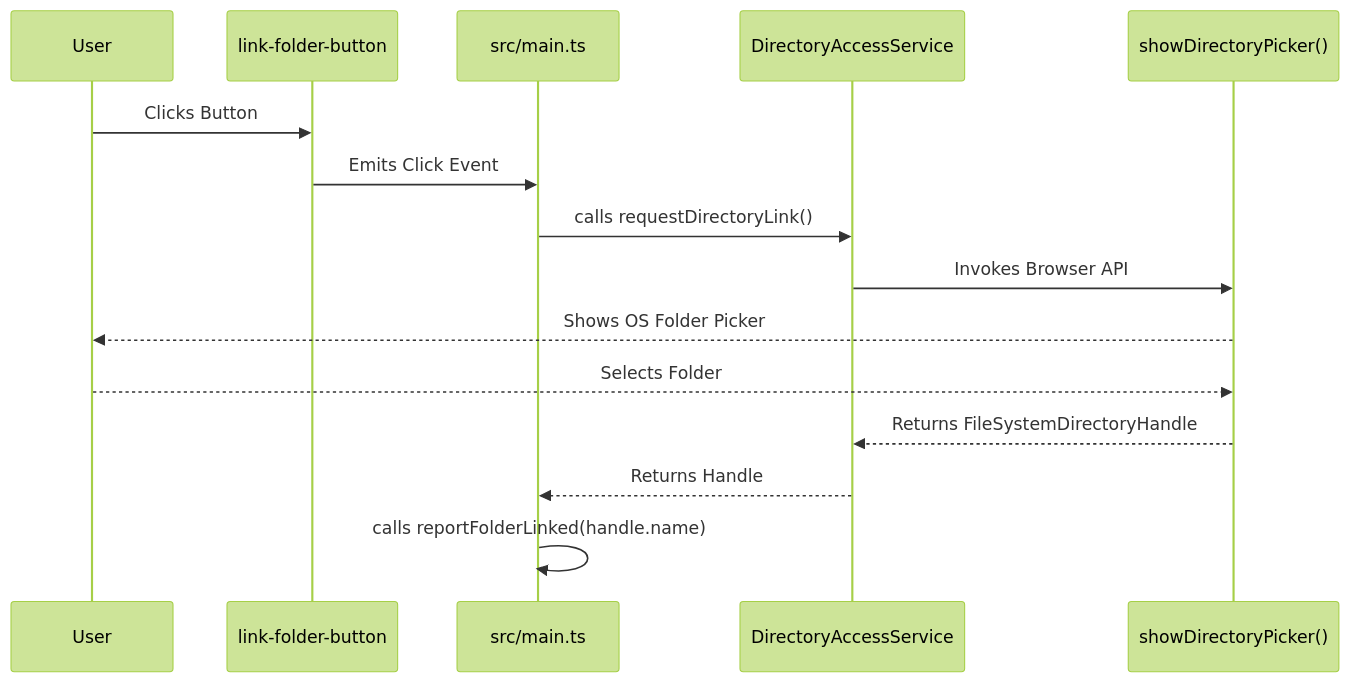
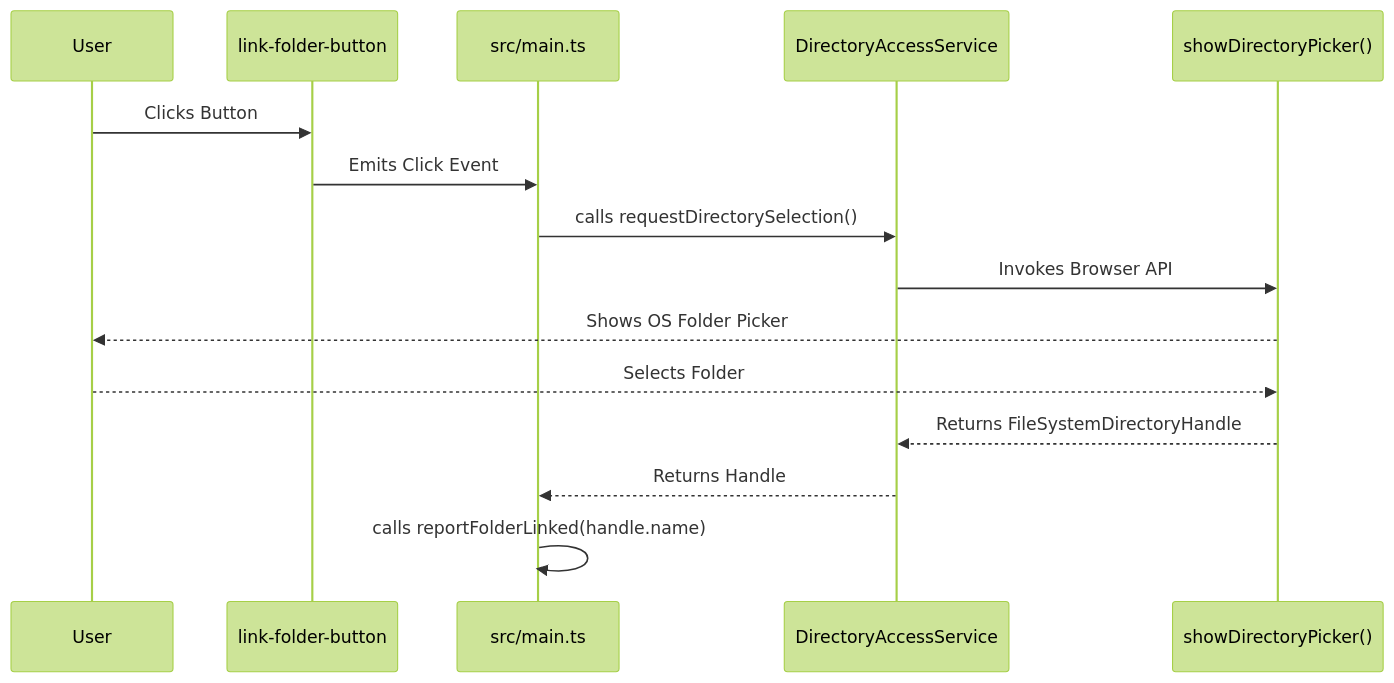
One commit to H1410101/raw_output changed the second of 3 diagrams in docs/checkpoints/phase 1/checkpoint 1.2 architecture.md. Above: the diagram before and after it, drawn with Mermaid (forest theme). The commit also changed other lines of this file and 13 other files, not shown here.

````diff
--- a/docs/checkpoints/phase 1/checkpoint 1.2 architecture.md
+++ b/docs/checkpoints/phase 1/checkpoint 1.2 architecture.md
@@ -32,18 +32,18 @@
 ```mermaid
 sequenceDiagram
     participant U as User
     participant B as link-folder-button
     participant S as src/main.ts
     participant D as DirectoryAccessService
     participant API as showDirectoryPicker()
 
     U->>B: Clicks Button
     B->>S: Emits Click Event
-    S->>D: calls requestDirectoryLink()
+    S->>D: calls requestDirectorySelection()
     D->>API: Invokes Browser API
     API-->>U: Shows OS Folder Picker
     U-->>API: Selects Folder
     API-->>D: Returns FileSystemDirectoryHandle
     D-->>S: Returns Handle
     S->>S: calls reportFolderLinked(handle.name)
 ```
````
